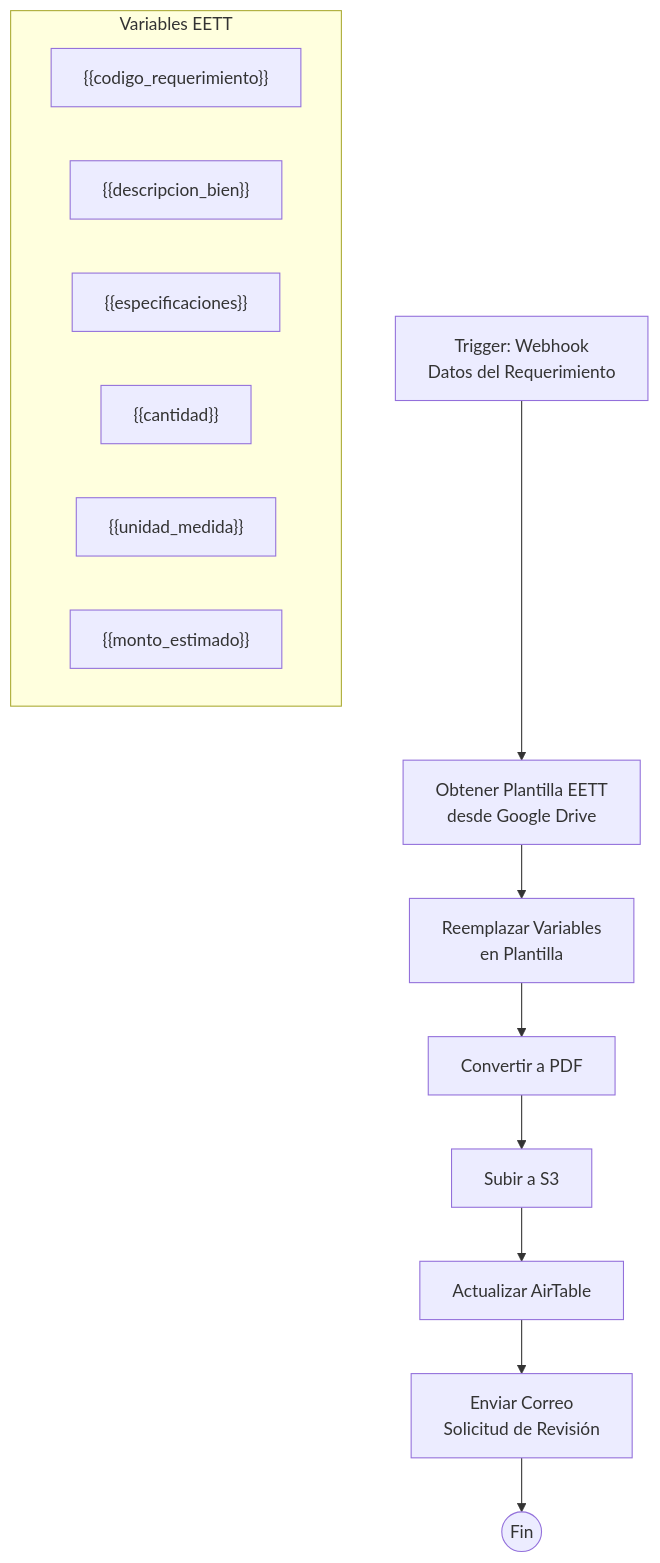
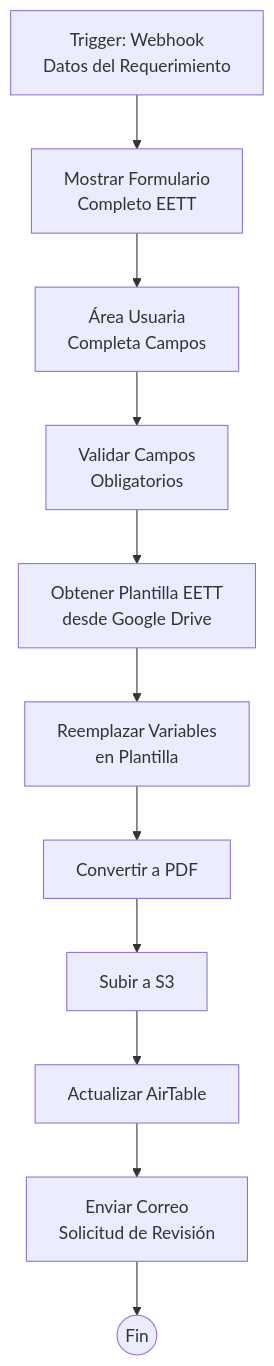
The tenth of 21 diagrams in README.md (lfam200/WorkFlow-n8n), drawn with Mermaid before and after one commit. The commit also changed other lines of this file, not shown here.

````diff
--- a/README.md
+++ b/README.md
@@ -745,20 +892,14 @@
 ```mermaid
 flowchart TD
-    A[Trigger: Webhook<br/>Datos del Requerimiento] --> B[Obtener Plantilla EETT<br/>desde Google Drive]
+    A[Trigger: Webhook<br/>Datos del Requerimiento] --> B[Mostrar Formulario<br/>Completo EETT]
     
-    B --> C[Reemplazar Variables<br/>en Plantilla]
-    C --> D[Convertir a PDF]
-    D --> E[Subir a S3]
-    E --> F[Actualizar AirTable]
-    F --> G[Enviar Correo<br/>Solicitud de Revisión]
-    G --> H((Fin))
-    
-    subgraph "Variables EETT"
-        V1["{{codigo_requerimiento}}"]
-        V2["{{descripcion_bien}}"]
-        V3["{{especificaciones}}"]
-        V4["{{cantidad}}"]
-        V5["{{unidad_medida}}"]
-        V6["{{monto_estimado}}"]
-    end
+    B --> C[Área Usuaria<br/>Completa Campos]
+    C --> D[Validar Campos<br/>Obligatorios]
+    D --> E[Obtener Plantilla EETT<br/>desde Google Drive]
+    E --> F[Reemplazar Variables<br/>en Plantilla]
+    F --> G[Convertir a PDF]
+    G --> H[Subir a S3]
+    H --> I[Actualizar AirTable]
+    I --> J[Enviar Correo<br/>Solicitud de Revisión]
+    J --> K((Fin))
 ```
````
